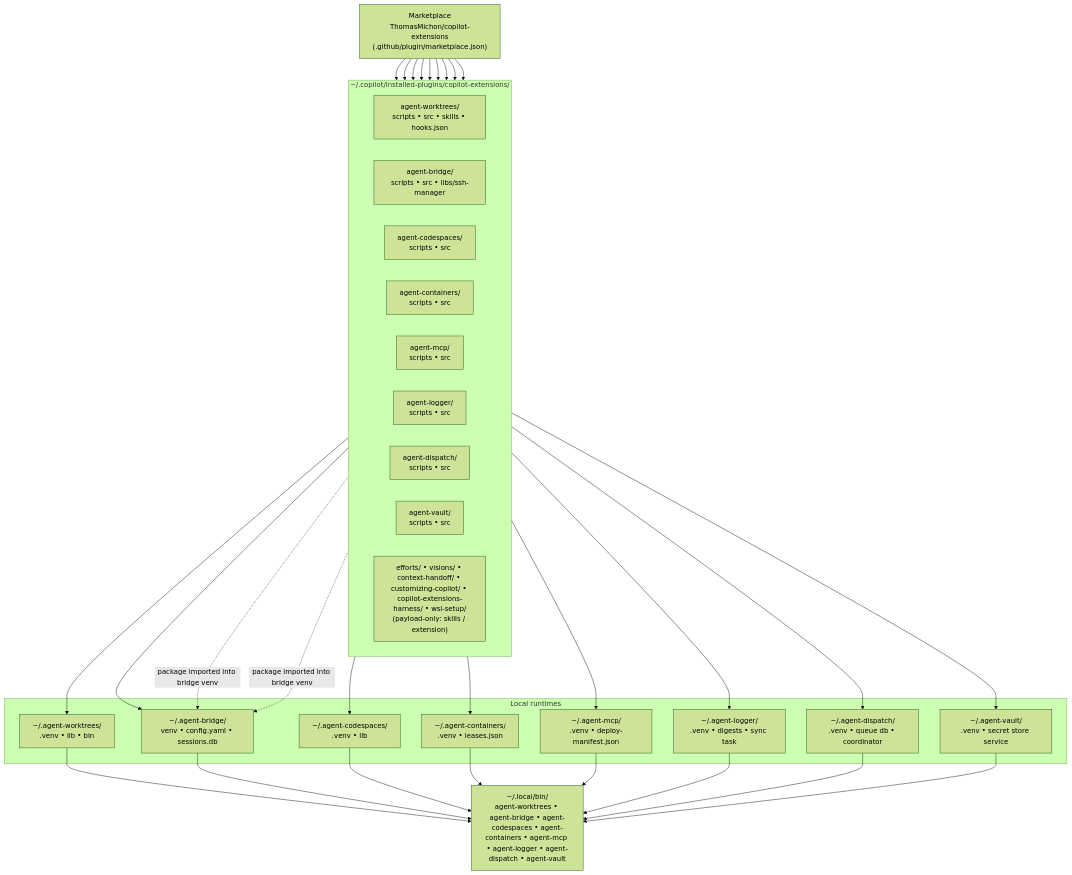
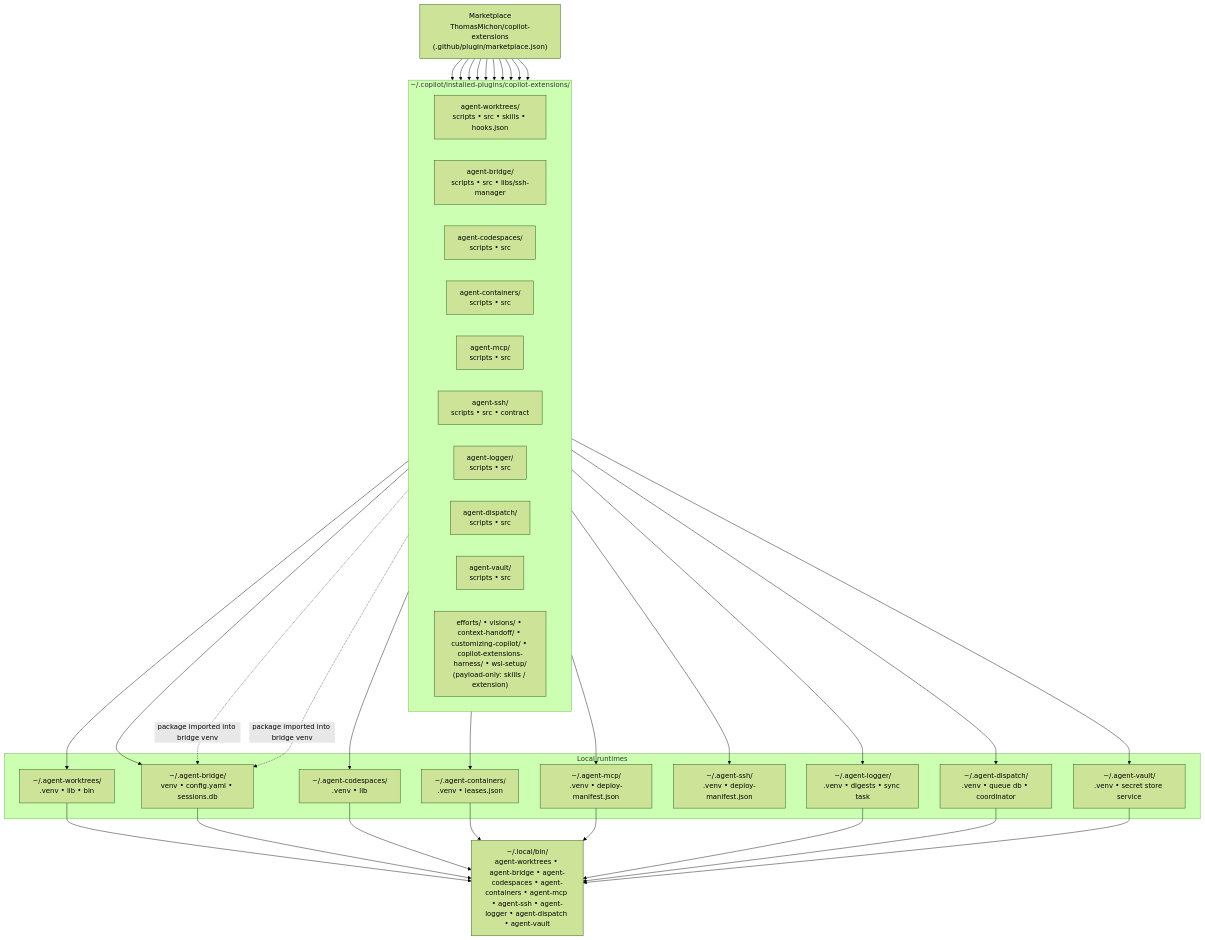
The first of 4 diagrams in docs/architecture.md (ThomasMichon/copilot-extensions), drawn with Mermaid (forest theme) before and after one commit. The commit also changed other lines of this file and 25 other files, not shown here.

First line of the commit message:
Add agent-ssh runtime plugin

````diff
--- a/docs/architecture.md
+++ b/docs/architecture.md
@@ -53,46 +54,49 @@
 ```mermaid
 flowchart TB
     MP["Marketplace<br/>ThomasMichon/copilot-extensions<br/>(.github/plugin/marketplace.json)"]
     subgraph IP["~/.copilot/installed-plugins/copilot-extensions/"]
       direction LR
       AW["agent-worktrees/<br/>scripts • src • skills • hooks.json"]
       AB["agent-bridge/<br/>scripts • src • libs/ssh-manager"]
       AC["agent-codespaces/<br/>scripts • src"]
       AN["agent-containers/<br/>scripts • src"]
       AM["agent-mcp/<br/>scripts • src"]
+      AS["agent-ssh/<br/>scripts • src • contract"]
       AL["agent-logger/<br/>scripts • src"]
       AD["agent-dispatch/<br/>scripts • src"]
       AV["agent-vault/<br/>scripts • src"]
       PO["efforts/ • visions/ • context-handoff/ • customizing-copilot/ • copilot-extensions-harness/ • wsl-setup/<br/>(payload-only: skills / extension)"]
     end
     subgraph RT["Local runtimes"]
       RW["~/.agent-worktrees/<br/>.venv • lib • bin"]
       RB["~/.agent-bridge/<br/>venv • config.yaml • sessions.db"]
       RC["~/.agent-codespaces/<br/>.venv • lib"]
       RN["~/.agent-containers/<br/>.venv • leases.json"]
       RM["~/.agent-mcp/<br/>.venv • deploy-manifest.json"]
+      RS["~/.agent-ssh/<br/>.venv • deploy-manifest.json"]
       RL["~/.agent-logger/<br/>.venv • digests • sync task"]
       RD["~/.agent-dispatch/<br/>.venv • queue db • coordinator"]
       RV["~/.agent-vault/<br/>.venv • secret store service"]
     end
-    BIN["~/.local/bin/<br/>agent-worktrees • agent-bridge • agent-codespaces • agent-containers • agent-mcp • agent-logger • agent-dispatch • agent-vault"]
+    BIN["~/.local/bin/<br/>agent-worktrees • agent-bridge • agent-codespaces • agent-containers • agent-mcp • agent-ssh • agent-logger • agent-dispatch • agent-vault"]
     MP --> AW --> RW
     MP --> AB --> RB
     MP --> AC --> RC
     MP --> AN --> RN
     MP --> AM --> RM
+    MP --> AS --> RS
     MP --> AL --> RL
     MP --> AD --> RD
     MP --> AV --> RV
     MP --> PO
     RW --> BIN
     RB --> BIN
     RC --> BIN
     RN --> BIN
     RM --> BIN
     RL --> BIN
     RD --> BIN
     RV --> BIN
     AC -.->|package imported into bridge venv| RB
     AN -.->|package imported into bridge venv| RB
 ```
````
